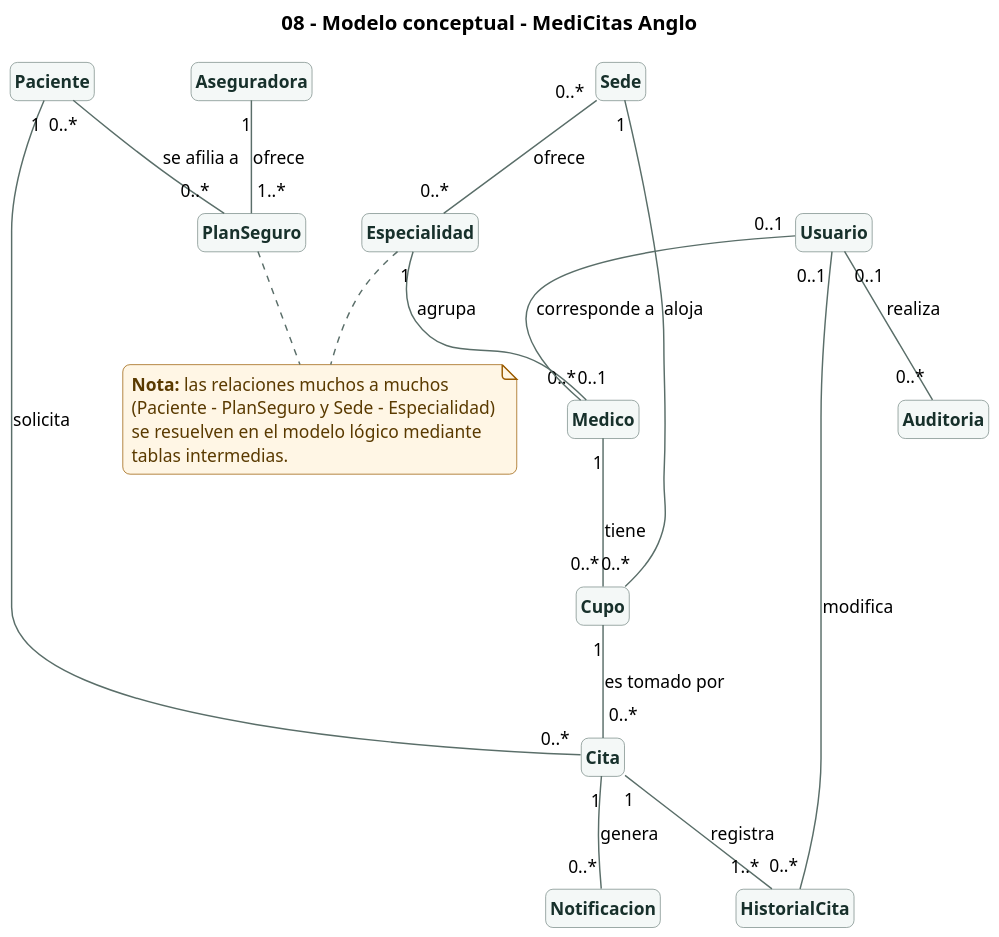
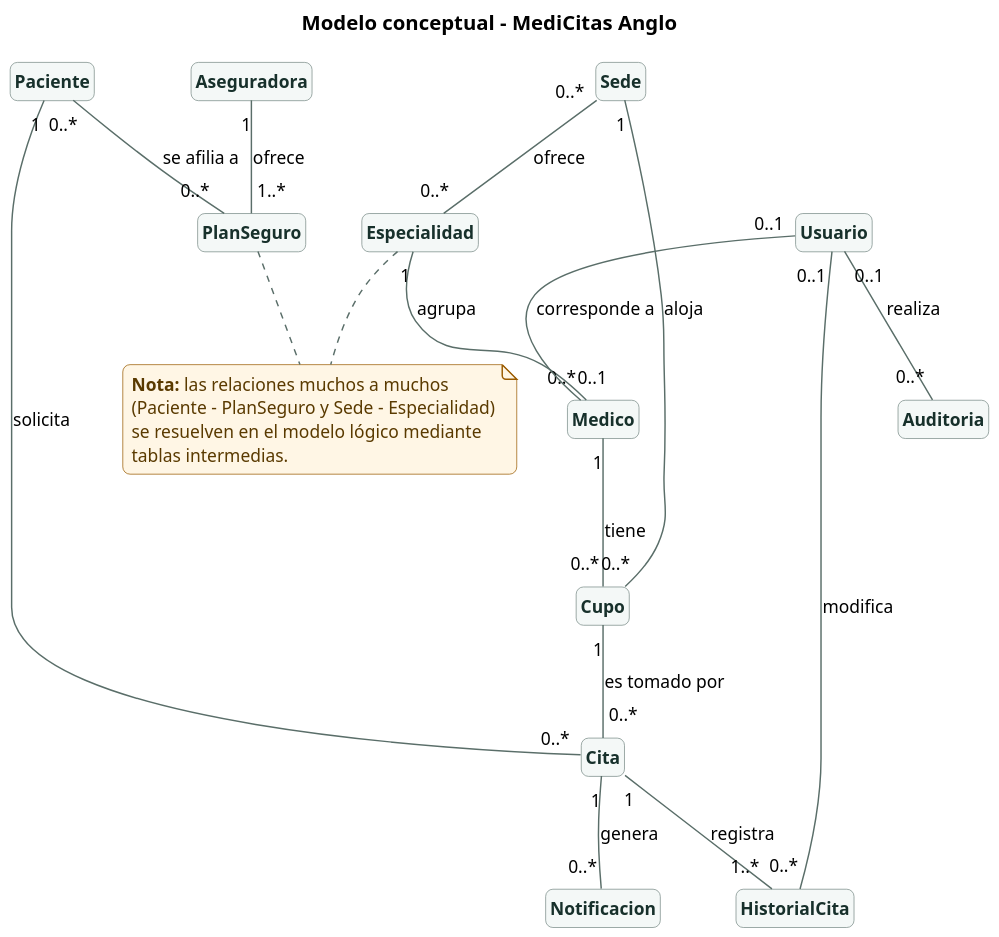
Before and after one commit to Jimena-CC/ProyectoCitasMedicas: the diagram in docs/diagrams/conceptual-model/conceptual-model.puml, drawn with PlantUML. The commit also changed 11 other files, not shown here.

Commit message:
docs(diagramas): quitar numeración de los títulos de los diagramas

```diff
--- a/docs/diagrams/conceptual-model/conceptual-model.puml
+++ b/docs/diagrams/conceptual-model/conceptual-model.puml
@@ -1,60 +1,60 @@
 @startuml
-title 08 - Modelo conceptual - MediCitas Anglo
+title Modelo conceptual - MediCitas Anglo
 skinparam shadowing false
 skinparam roundCorner 10
 skinparam defaultFontName "Helvetica"
 skinparam defaultFontSize 12
 skinparam dpi 150
 skinparam ArrowColor #5A6E69
 skinparam class {
   BackgroundColor #F4F8F7
   BorderColor #7A8C88
   FontColor #17302B
   FontStyle bold
 }
 skinparam note {
   BackgroundColor #FFF6E5
   BorderColor #9A5B00
   FontColor #5A3A00
 }
 
 hide circle
 hide members
 
 class Paciente
 class Aseguradora
 class PlanSeguro
 class Especialidad
 class Sede
 class Medico
 class Cupo
 class Cita
 class Notificacion
 class HistorialCita
 class Usuario
 class Auditoria
 
 Aseguradora "1" -- "1..*" PlanSeguro : ofrece
 Paciente "0..*" -- "0..*" PlanSeguro : se afilia a
 Especialidad "1" -- "0..*" Medico : agrupa
 Sede "0..*" -- "0..*" Especialidad : ofrece
 Medico "1" -- "0..*" Cupo : tiene
 Sede "1" -- "0..*" Cupo : aloja
 Paciente "1" -- "0..*" Cita : solicita
 Cupo "1" -- "0..*" Cita : es tomado por
 Cita "1" -- "1..*" HistorialCita : registra
 Cita "1" -- "0..*" Notificacion : genera
 Usuario "0..1" -- "0..1" Medico : corresponde a
 Usuario "0..1" -- "0..*" Auditoria : realiza
 Usuario "0..1" -- "0..*" HistorialCita : modifica
 
 note as N1
   <b>Nota:</b> las relaciones muchos a muchos
   (Paciente - PlanSeguro y Sede - Especialidad)
   se resuelven en el modelo lógico mediante
   tablas intermedias.
 end note
 PlanSeguro .. N1
 Especialidad .. N1
 
 @enduml
```
